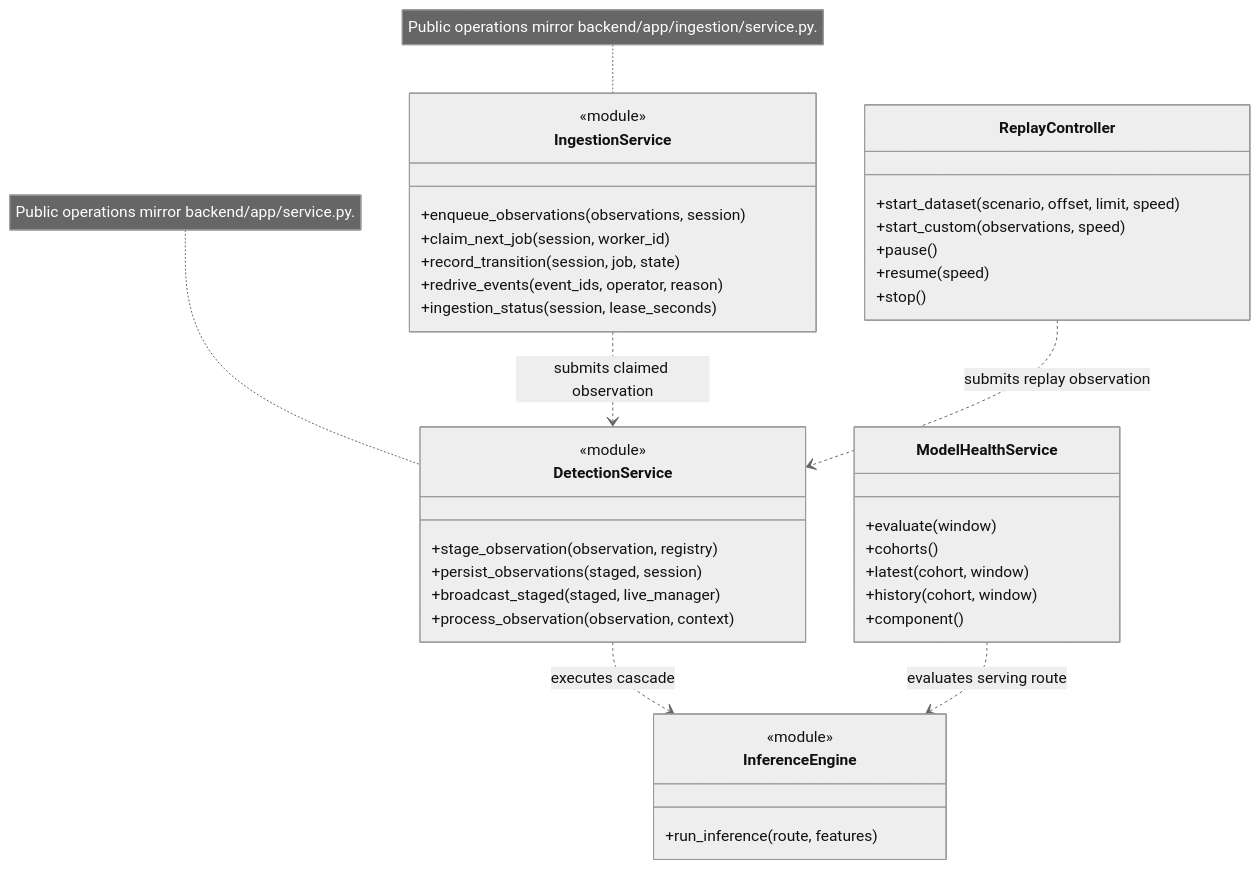
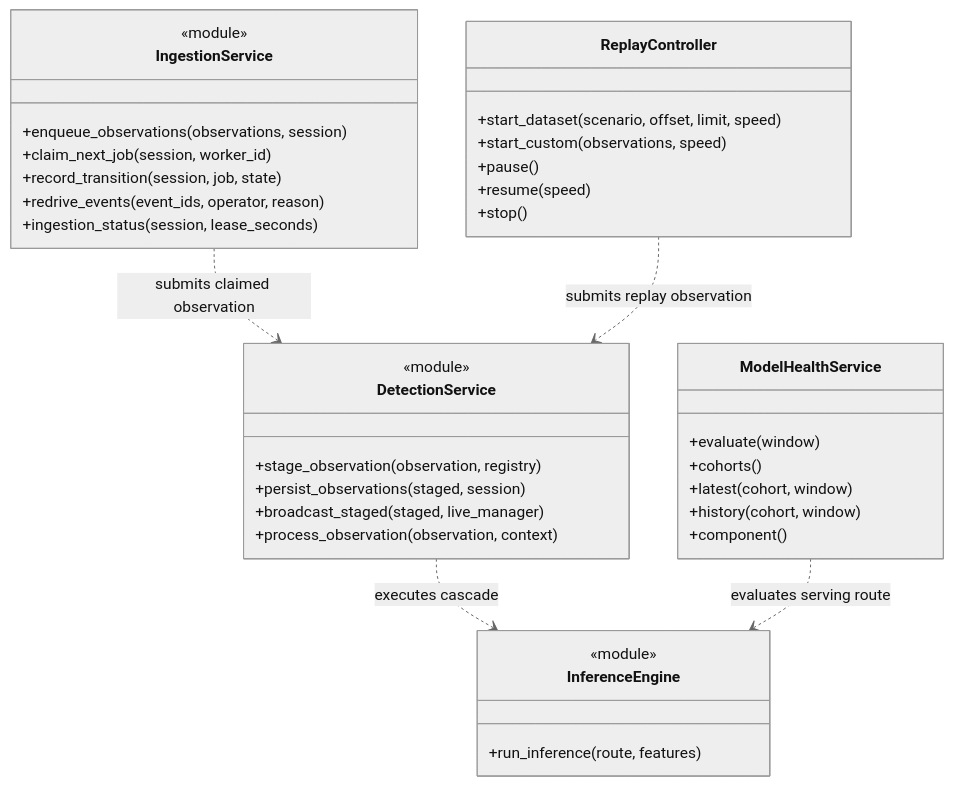
One commit to ZakariaElKhaldi/4iir-sr changed the diagram in diagrams/03d-service-operations.mmd. Above: the diagram before and after it, drawn with Mermaid (neutral theme). The commit also changed 53 other files, not shown here.

```diff
--- a/diagrams/03d-service-operations.mmd
+++ b/diagrams/03d-service-operations.mmd
@@ -1,48 +1,45 @@
 classDiagram
     direction TB
 
     class DetectionService {
         <<module>>
         +stage_observation(observation, registry)
         +persist_observations(staged, session)
         +broadcast_staged(staged, live_manager)
         +process_observation(observation, context)
     }
 
     class InferenceEngine {
         <<module>>
         +run_inference(route, features)
     }
 
     class IngestionService {
         <<module>>
         +enqueue_observations(observations, session)
         +claim_next_job(session, worker_id)
         +record_transition(session, job, state)
         +redrive_events(event_ids, operator, reason)
         +ingestion_status(session, lease_seconds)
     }
 
     class ReplayController {
         +start_dataset(scenario, offset, limit, speed)
         +start_custom(observations, speed)
         +pause()
         +resume(speed)
         +stop()
     }
 
     class ModelHealthService {
         +evaluate(window)
         +cohorts()
         +latest(cohort, window)
         +history(cohort, window)
         +component()
     }
 
     IngestionService ..> DetectionService : submits claimed observation
     DetectionService ..> InferenceEngine : executes cascade
     ReplayController ..> DetectionService : submits replay observation
     ModelHealthService ..> InferenceEngine : evaluates serving route
-
-    note for DetectionService "Public operations mirror backend/app/service.py."
-    note for IngestionService "Public operations mirror backend/app/ingestion/service.py."
```
